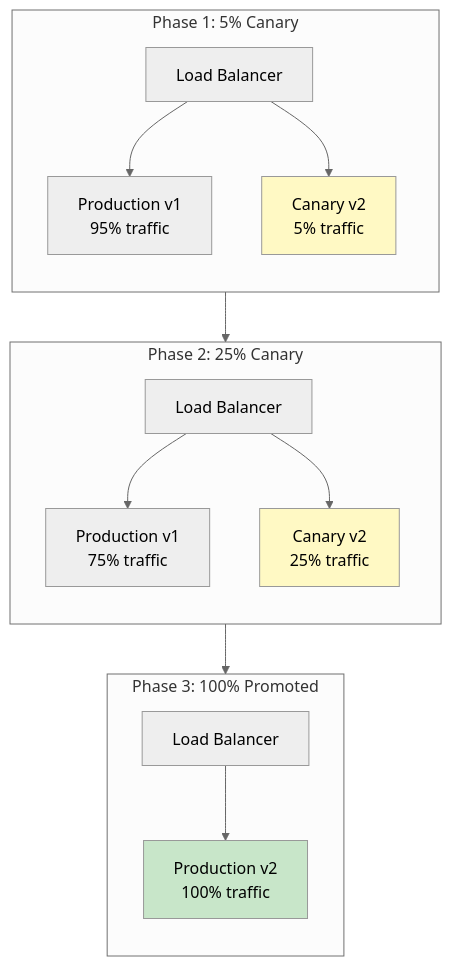
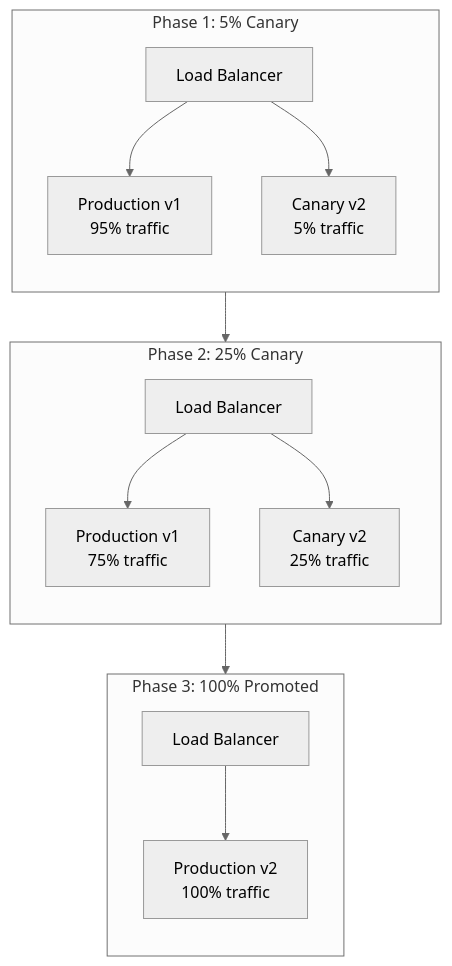
One commit to shivam-g-mishra/blog changed the seventh of 10 diagrams in docs/cicd/deployment-strategies.md. Above: the diagram before and after it, drawn with Mermaid. The commit also changed other lines of this file and 23 other files, not shown here.

First line of the commit message:
fix: improve Mermaid diagram visibility in dark mode

````diff
--- a/docs/cicd/deployment-strategies.md
+++ b/docs/cicd/deployment-strategies.md
@@ -452,34 +418,30 @@
 ```mermaid
 %%{init: {'theme': 'neutral'}}%%
 flowchart TB
     subgraph phase1["Phase 1: 5% Canary"]
         direction TB
         LB1[Load Balancer]
         P1[Production v1<br/>95% traffic]
         C1[Canary v2<br/>5% traffic]
         LB1 --> P1
         LB1 --> C1
     end
     
     subgraph phase2["Phase 2: 25% Canary"]
         direction TB
         LB2[Load Balancer]
         P2[Production v1<br/>75% traffic]
         C2[Canary v2<br/>25% traffic]
         LB2 --> P2
         LB2 --> C2
     end
     
     subgraph phase3["Phase 3: 100% Promoted"]
         direction TB
         LB3[Load Balancer]
         P3[Production v2<br/>100% traffic]
         LB3 --> P3
     end
     
     phase1 --> phase2 --> phase3
-    
-    style C1 fill:#fff9c4
-    style C2 fill:#fff9c4
-    style P3 fill:#c8e6c9
 ```
````
